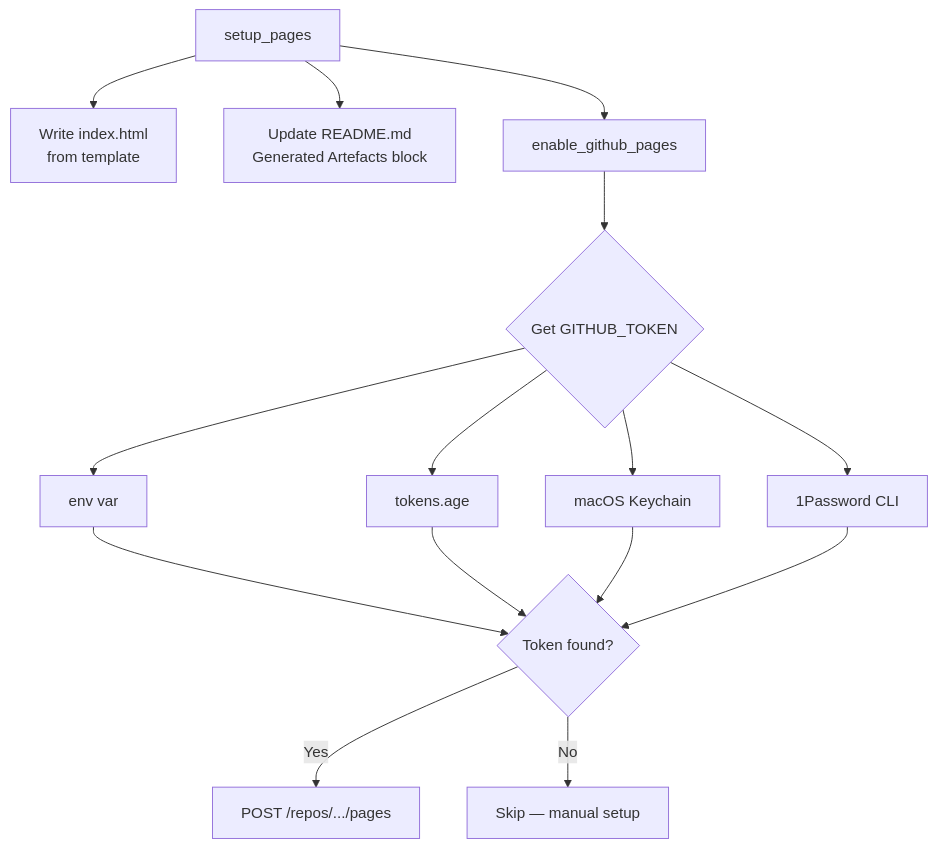
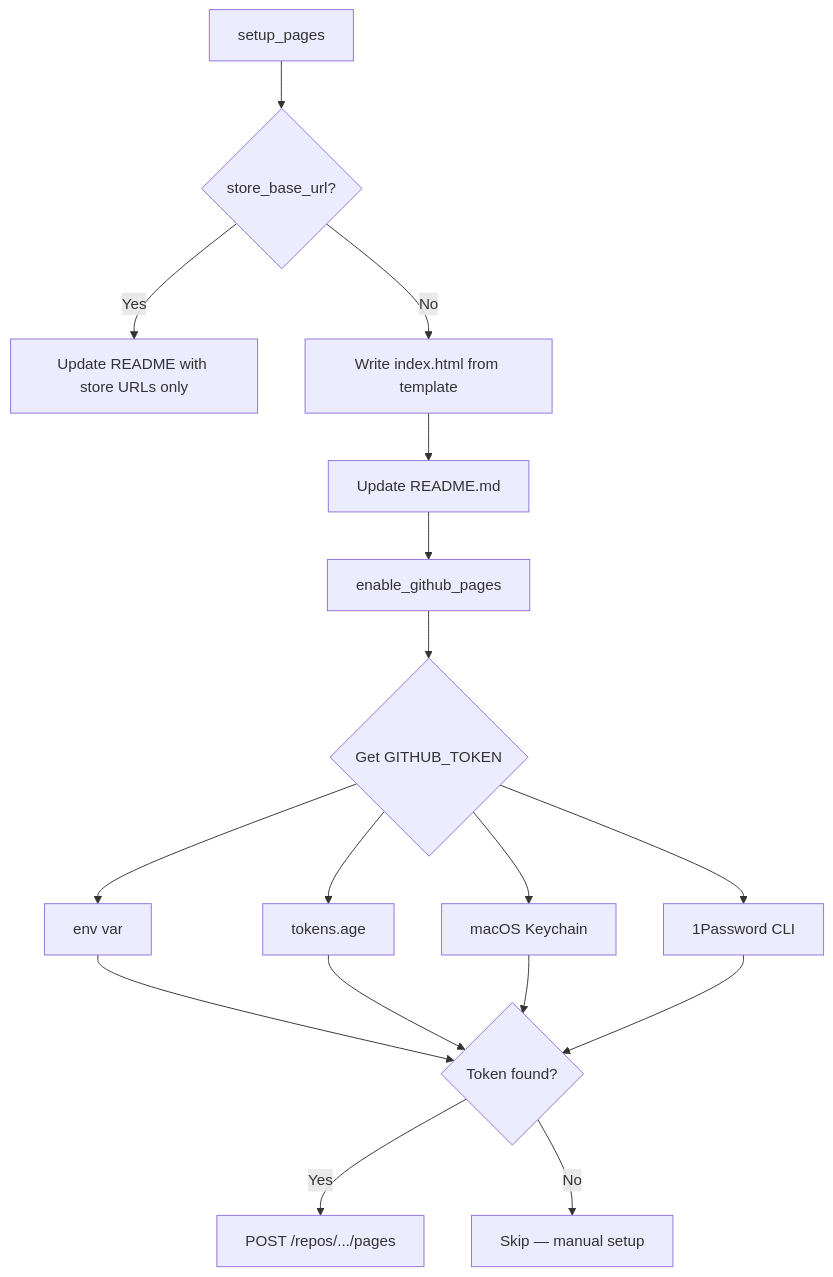
Before and after one commit to NetDevAutomate/notebooklm-repo-artefacts: the sixth of 10 diagrams in docs/codemap.md, drawn with Mermaid. The commit also changed other lines of this file and 18 other files, not shown here.

````diff
--- a/docs/codemap.md
+++ b/docs/codemap.md
@@ -134,14 +237,16 @@
 ```mermaid
 graph TD
-    A[setup_pages] --> B[Write index.html<br/>from template]
-    A --> C[Update README.md<br/>Generated Artefacts block]
-    A --> D[enable_github_pages]
-    D --> E{Get GITHUB_TOKEN}
-    E --> F[env var]
-    E --> G[tokens.age]
-    E --> H[macOS Keychain]
-    E --> I[1Password CLI]
-    F & G & H & I --> J{Token found?}
-    J -->|Yes| K[POST /repos/.../pages]
-    J -->|No| L[Skip — manual setup]
+    A[setup_pages] --> B{store_base_url?}
+    B -->|Yes| C[Update README with store URLs only]
+    B -->|No| D[Write index.html from template]
+    D --> E[Update README.md]
+    E --> F[enable_github_pages]
+    F --> G{Get GITHUB_TOKEN}
+    G --> H[env var]
+    G --> I[tokens.age]
+    G --> J[macOS Keychain]
+    G --> K[1Password CLI]
+    H & I & J & K --> L{Token found?}
+    L -->|Yes| M[POST /repos/.../pages]
+    L -->|No| N[Skip — manual setup]
 ```
````
